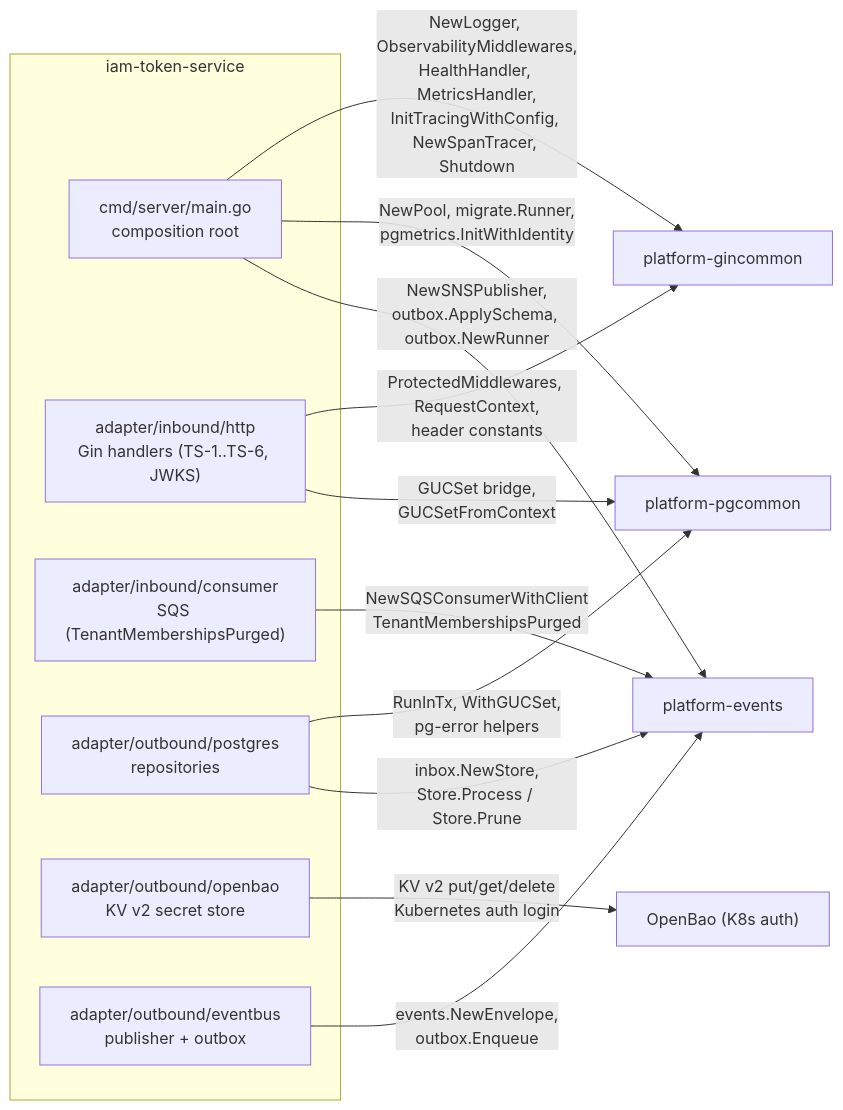
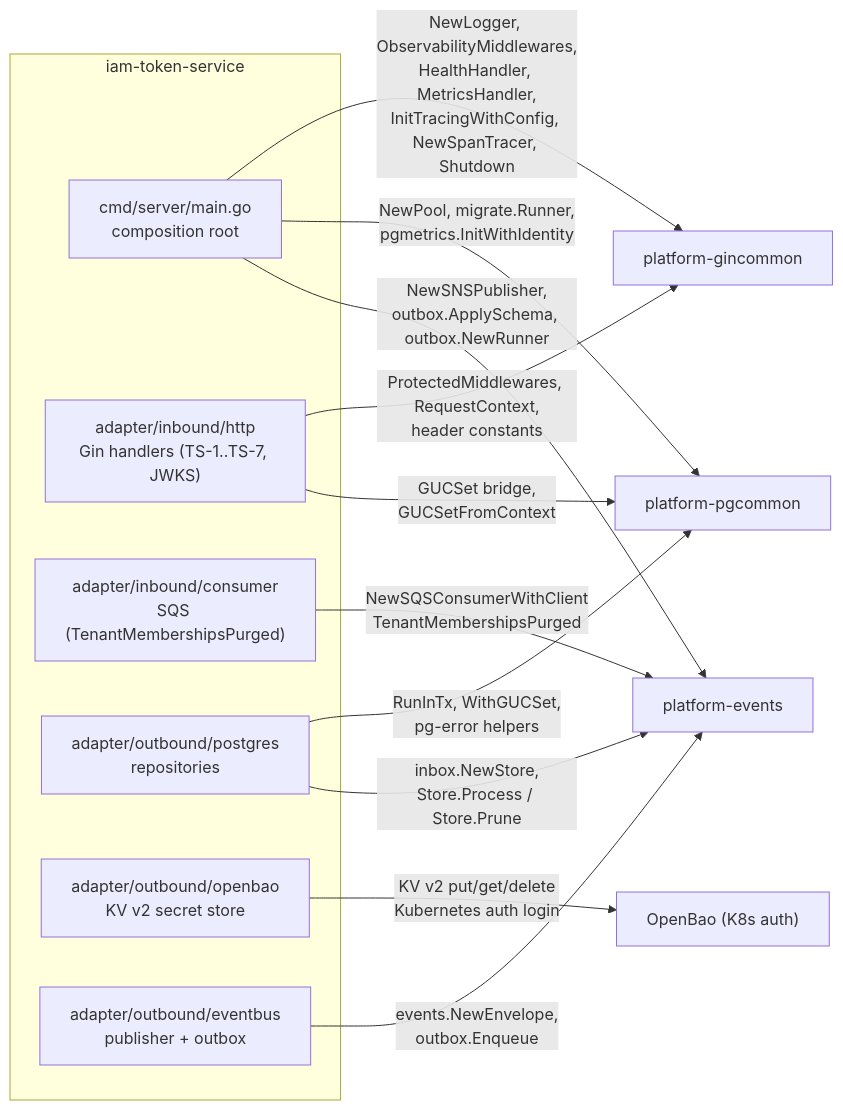
The first of 4 diagrams in docs/lld/iam-lld-token-service.md (BCBP-SOLUTIONS-FZC-LLC/iam-token-service), drawn with Mermaid before and after one commit. The commit also changed other lines of this file and 47 other files, not shown here.

````diff
--- a/docs/lld/iam-lld-token-service.md
+++ b/docs/lld/iam-lld-token-service.md
@@ -306,27 +307,27 @@
 ```mermaid
 flowchart LR
     subgraph svc["iam-token-service"]
         MAIN["cmd/server/main.go<br/>composition root"]
-        HTTP["adapter/inbound/http<br/>Gin handlers (TS-1..TS-6, JWKS)"]
+        HTTP["adapter/inbound/http<br/>Gin handlers (TS-1..TS-7, JWKS)"]
         CONS["adapter/inbound/consumer<br/>SQS (TenantMembershipsPurged)"]
         PG["adapter/outbound/postgres<br/>repositories"]
         OB["adapter/outbound/openbao<br/>KV v2 secret store"]
         EB["adapter/outbound/eventbus<br/>publisher + outbox"]
     end
 
     GIN["platform-gincommon"]
     PGC["platform-pgcommon"]
     EVT["platform-events"]
     BAO["OpenBao (K8s auth)"]
 
     MAIN -->|NewLogger, ObservabilityMiddlewares,<br/>HealthHandler, MetricsHandler,<br/>InitTracingWithConfig, NewSpanTracer, Shutdown| GIN
     HTTP -->|ProtectedMiddlewares, RequestContext,<br/>header constants| GIN
     MAIN -->|NewPool, migrate.Runner,<br/>pgmetrics.InitWithIdentity| PGC
     PG -->|RunInTx, WithGUCSet,<br/>pg-error helpers| PGC
     HTTP -->|GUCSet bridge,<br/>GUCSetFromContext| PGC
     MAIN -->|NewSNSPublisher,<br/>outbox.ApplySchema, outbox.NewRunner| EVT
     EB -->|events.NewEnvelope,<br/>outbox.Enqueue| EVT
     CONS -->|NewSQSConsumerWithClient<br/>TenantMembershipsPurged| EVT
     PG -->|inbox.NewStore,<br/>Store.Process / Store.Prune| EVT
     OB -->|KV v2 put/get/delete<br/>Kubernetes auth login| BAO
 ```
````
